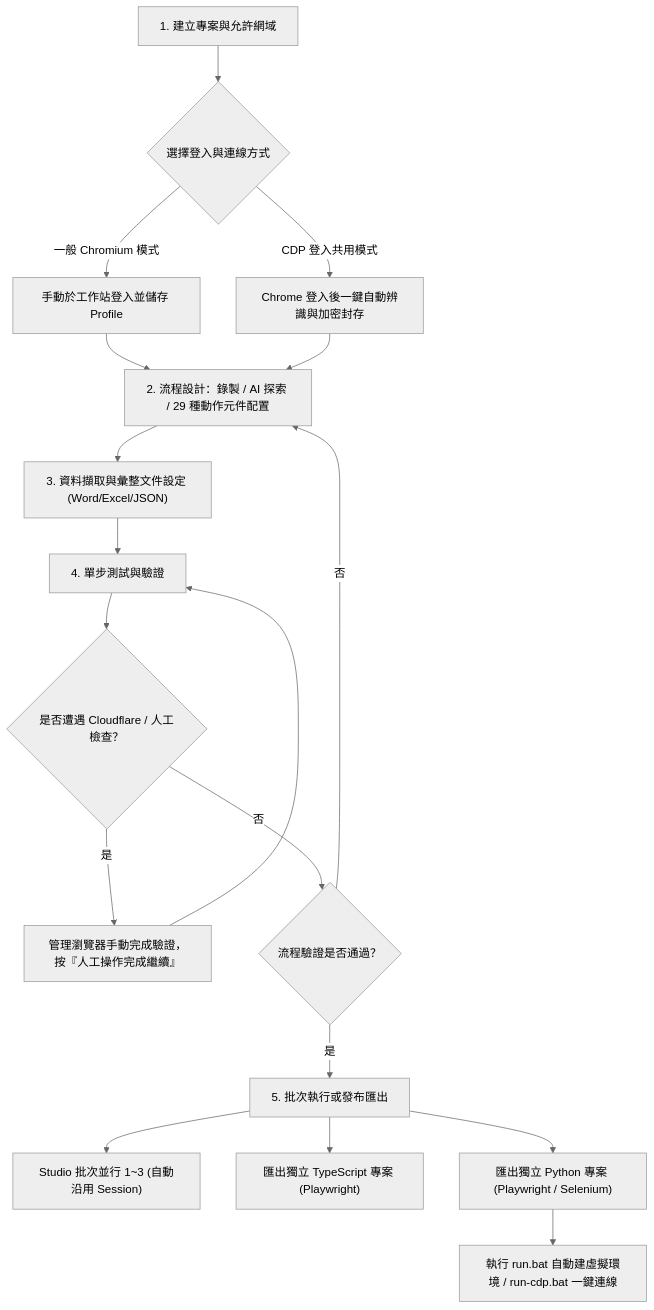
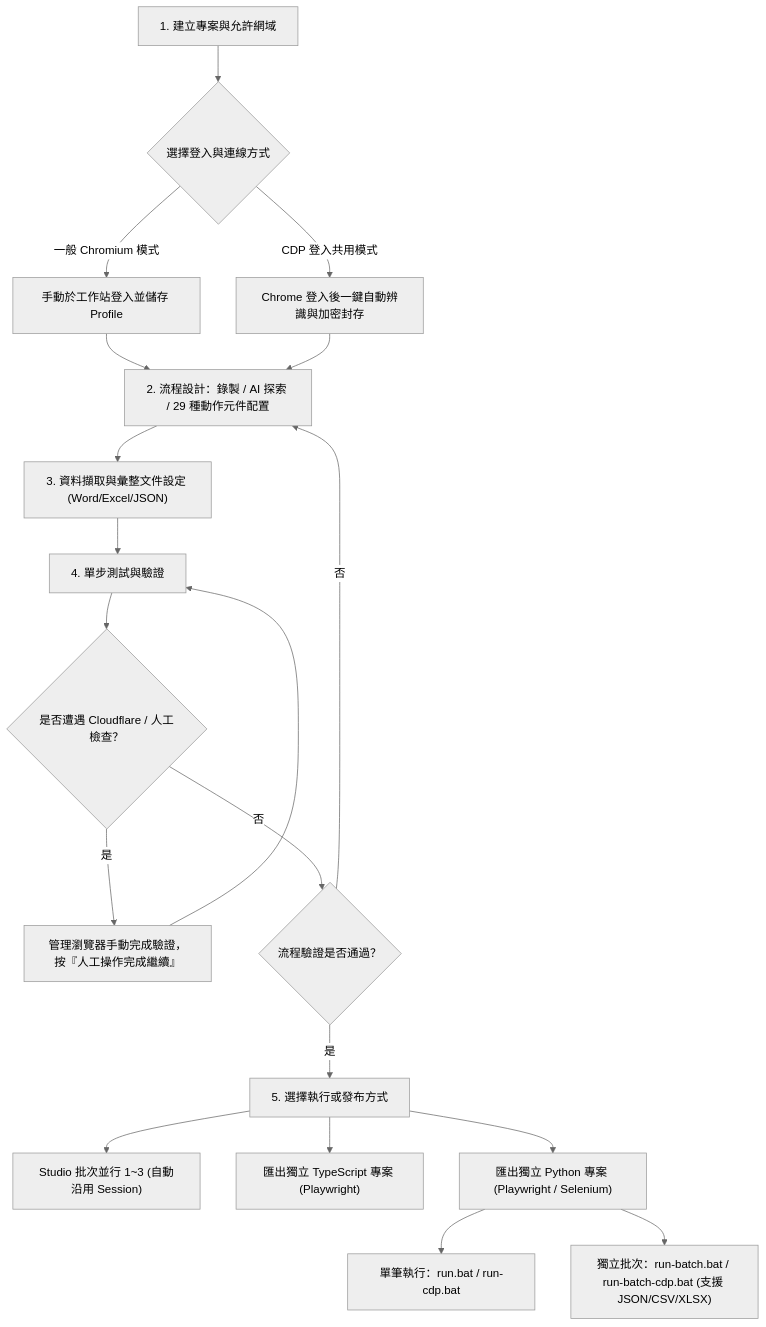
Before and after one commit to chiang-hz/automation-studio-generic-portable: the diagram in README.md, drawn with Mermaid (neutral theme). The commit also changed other lines of this file and 32 other files, not shown here.

````diff
--- a/README.md
+++ b/README.md
@@ -261,20 +312,21 @@
 ```mermaid
 graph TD
     A["1. 建立專案與允許網域"] --> B{"選擇登入與連線方式"}
     B -- "一般 Chromium 模式" --> C["手動於工作站登入並儲存 Profile"]
     B -- "CDP 登入共用模式" --> D["Chrome 登入後一鍵自動辨識與加密封存"]
     C --> E["2. 流程設計：錄製 / AI 探索 / 29 種動作元件配置"]
     D --> E
     E --> F["3. 資料擷取與彙整文件設定 (Word/Excel/JSON)"]
     F --> G["4. 單步測試與驗證"]
     G --> H{"是否遭遇 Cloudflare / 人工檢查？"}
     H -- 是 --> I["管理瀏覽器手動完成驗證，按『人工操作完成繼續』"]
     I --> G
     H -- 否 --> J{"流程驗證是否通過？"}
     J -- 否 --> E
-    J -- 是 --> K["5. 批次執行或發布匯出"]
+    J -- 是 --> K["5. 選擇執行或發布方式"]
     K --> L[" Studio 批次並行 1~3 (自動沿用 Session)"]
     K --> M[" 匯出獨立 TypeScript 專案 (Playwright)"]
     K --> N[" 匯出獨立 Python 專案 (Playwright / Selenium)"]
-    N --> O["執行 run.bat 自動建虛擬環境 / run-cdp.bat 一鍵連線"]
+    N --> O["單筆執行：run.bat / run-cdp.bat"]
+    N --> P["獨立批次：run-batch.bat / run-batch-cdp.bat (支援 JSON/CSV/XLSX)"]
 ```
````
